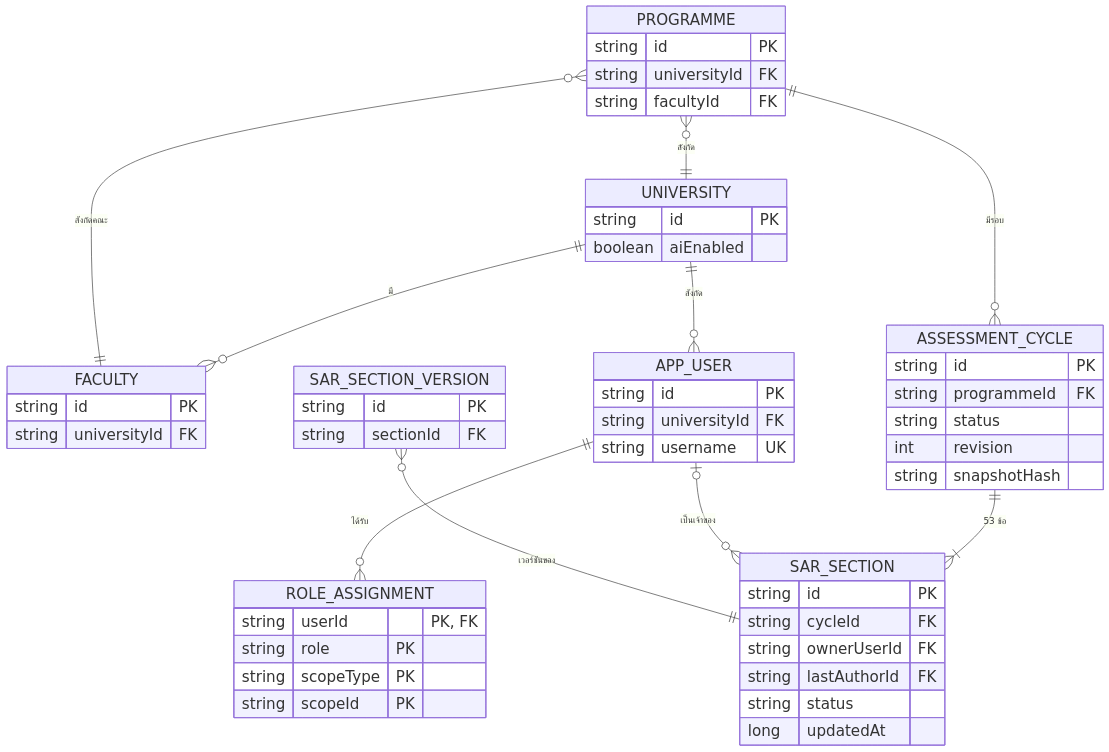
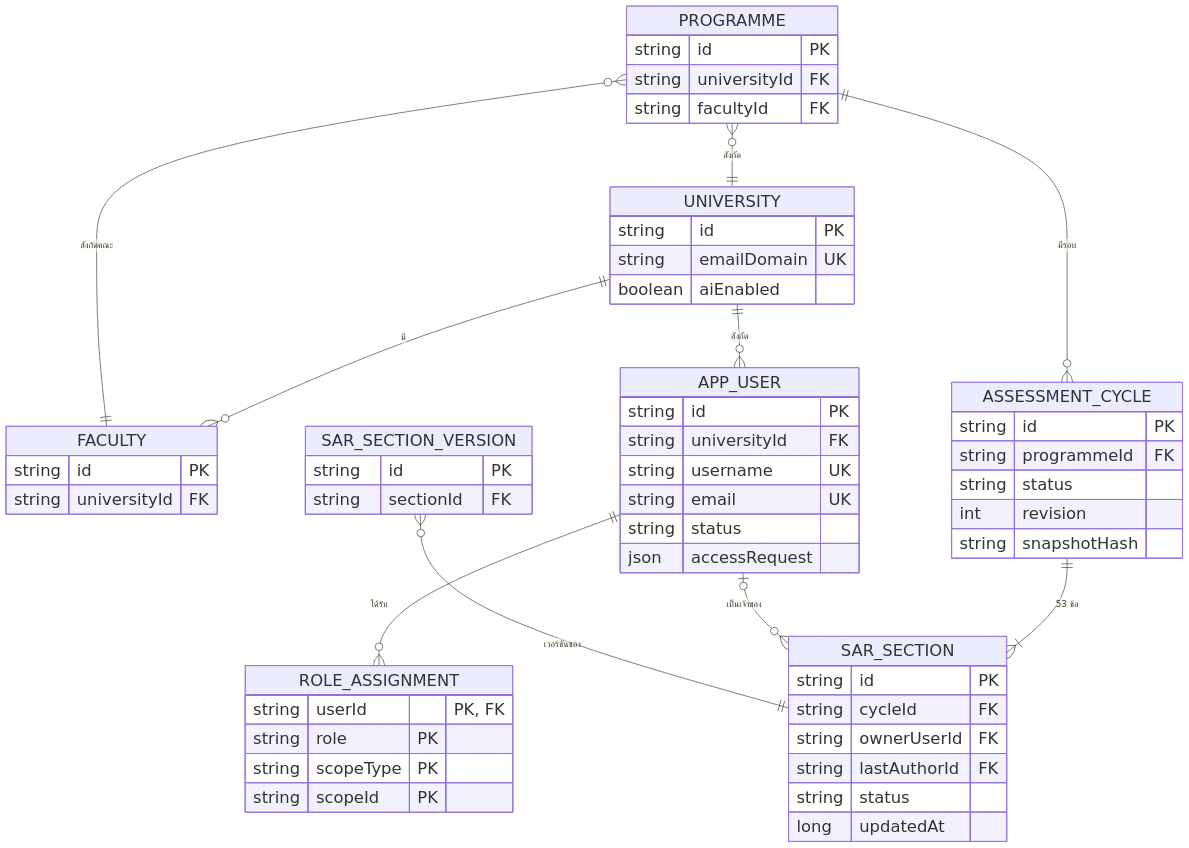
One commit to sunthanathza5566/project-mockup changed the diagram in docs/diagrams/er-aunqa.mmd. Above: the diagram before and after it, drawn with Mermaid. The commit also changed 15 other files, not shown here.

Commit message:
docs(TASK-0002): UML set updated for redesign, onboarding, notification deep links

```diff
--- a/docs/diagrams/er-aunqa.mmd
+++ b/docs/diagrams/er-aunqa.mmd
@@ -1,55 +1,59 @@
-%% source: eduflow-next/lib/types.ts:21-31 (University, Faculty, Programme, RoleAssignment, AppUser), 52-96 (AssessmentCycle, SarSection, SarSectionVersion); lib/api/db.ts:7-36 (KEYS) | task: TASK-0001 | updated: 2026-10-23
-%%{init: {"themeVariables": {"fontSize": "24px"}, "themeCSS": ".edgeLabel .label{font-size:22px}", "er": {"entityPadding": 6}}}%%
+%% source: eduflow-next/lib/types.ts:21-27 (University.emailDomain, Faculty, Programme, RoleAssignment), 29-44 (UserStatus, AccessRequestInfo, AppUser.status/accessRequest), 87-130 (AssessmentCycle, SarSection, SarSectionVersion); lib/api/db.ts:9 (aunqa_users) | task: TASK-0002 | updated: 2026-10-27
+%%{init: {"themeVariables": {"fontSize": "26px"}, "themeCSS": ".edgeLabel .label{font-size:25px}", "er": {"entityPadding": 6}}}%%
 erDiagram
   UNIVERSITY ||--o{ FACULTY : "มี"
   PROGRAMME }o--|| FACULTY : "สังกัดคณะ"
   UNIVERSITY ||--o{ APP_USER : "สังกัด"
   APP_USER ||--o{ ROLE_ASSIGNMENT : "ได้รับ"
   PROGRAMME ||--o{ ASSESSMENT_CYCLE : "มีรอบ"
   PROGRAMME }o--|| UNIVERSITY : "สังกัด"
   ASSESSMENT_CYCLE ||--|{ SAR_SECTION : "53 ข้อ"
   APP_USER |o--o{ SAR_SECTION : "เป็นเจ้าของ"
   SAR_SECTION_VERSION }o--|| SAR_SECTION : "เวอร์ชันของ"
   UNIVERSITY {
     string id PK
+    string emailDomain UK
     boolean aiEnabled
   }
   FACULTY {
     string id PK
     string universityId FK
   }
   PROGRAMME {
     string id PK
     string universityId FK
     string facultyId FK
   }
   APP_USER {
     string id PK
     string universityId FK
     string username UK
+    string email UK
+    string status
+    json accessRequest
   }
   ROLE_ASSIGNMENT {
     string userId "PK, FK"
     string role PK
     string scopeType PK
     string scopeId PK
   }
   ASSESSMENT_CYCLE {
     string id PK
     string programmeId FK
     string status
     int revision
     string snapshotHash
   }
   SAR_SECTION {
     string id PK
     string cycleId FK
     string ownerUserId FK
     string lastAuthorId FK
     string status
     long updatedAt
   }
   SAR_SECTION_VERSION {
     string id PK
     string sectionId FK
   }
```
